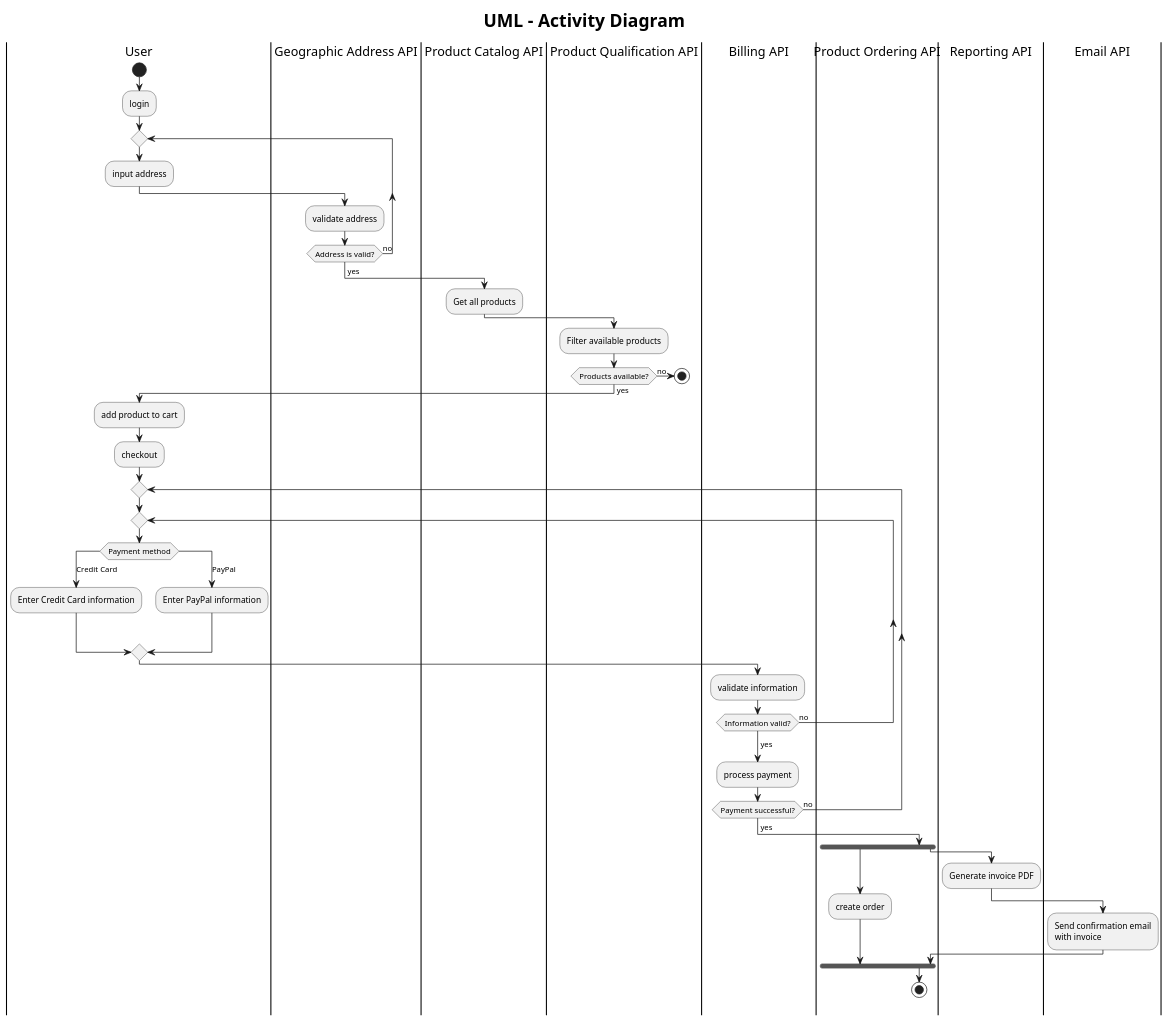
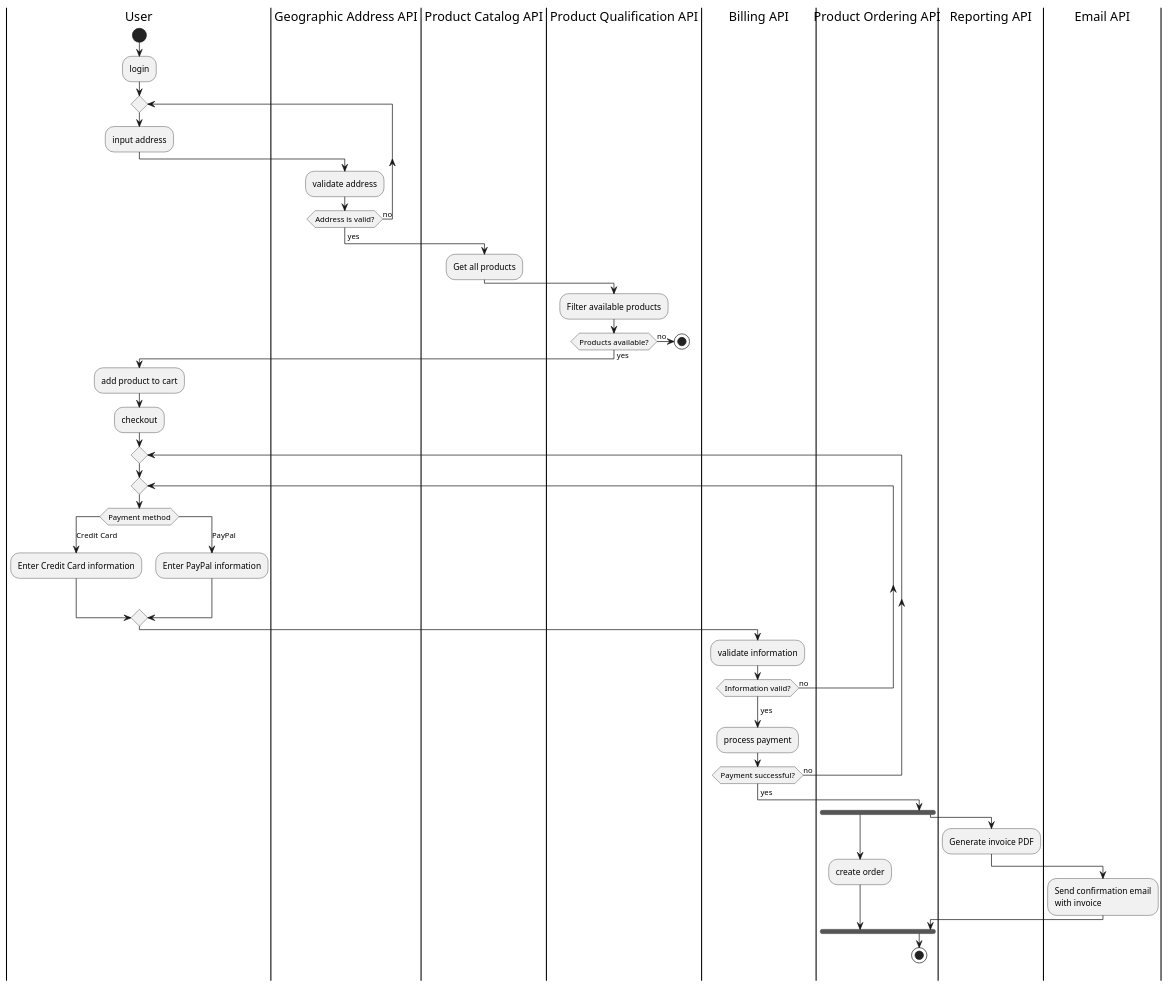
Before and after one commit to ensarhamzic/diplomski-rad-softversko-inzenjerstvo: the diagram in uml/activity/order-flow.puml, drawn with PlantUML. The commit also changed 9 other files, not shown here.

Commit message:
remove titles from diagrams

```diff
--- a/uml/activity/order-flow.puml
+++ b/uml/activity/order-flow.puml
@@ -1,59 +1,54 @@
 @startuml
-skinparam titleFontSize 25
-
-title
-UML - Activity Diagram
-end title
 
 |User|
 start
 :login;
 repeat
 :input address;
 |Geographic Address API|
 :validate address;
 repeat while (Address is valid?) is (no)
 -> yes;
 |Product Catalog API|
 :Get all products;
 |Product Qualification API|
 :Filter available products;
 if (Products available?) then (yes)
     |User|
     :add product to cart;
     :checkout;
     repeat
     repeat
     switch (Payment method)
     case (Credit Card)
         :Enter Credit Card information;
     case (PayPal)
         |User|
         :Enter PayPal information;
     endswitch
     |Billing API|
     :validate information;
      repeat while (Information valid?) is (no)
      -> yes;
     :process payment;
     repeat while (Payment successful?) is (no)
     -> yes;
      |Product Ordering API|
     fork
        |Product Ordering API|
        :create order;
     fork again
         |Reporting API|
         :Generate invoice PDF;
         |Email API|
         :Send confirmation email\nwith invoice;
     |Product Ordering API|
     end fork
     |Product Ordering API|
     stop
     else (no)
         |Product Qualification API|
         stop
 endif
 
 @enduml
```
